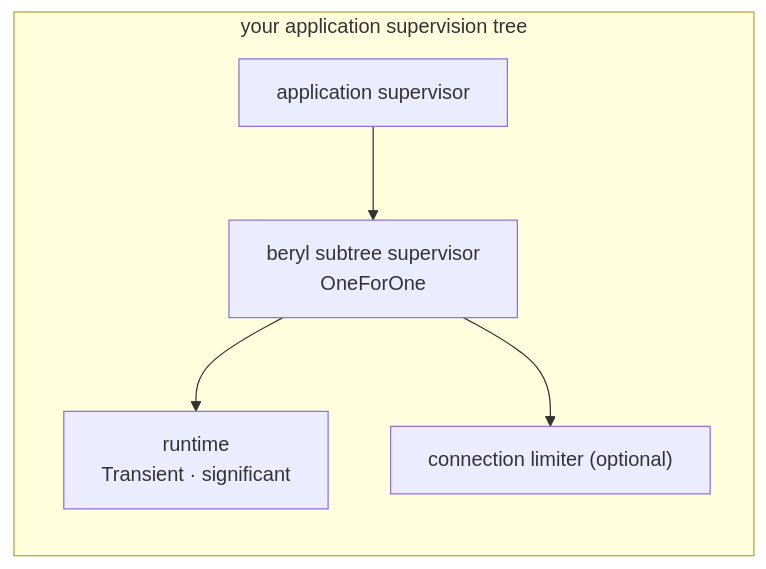
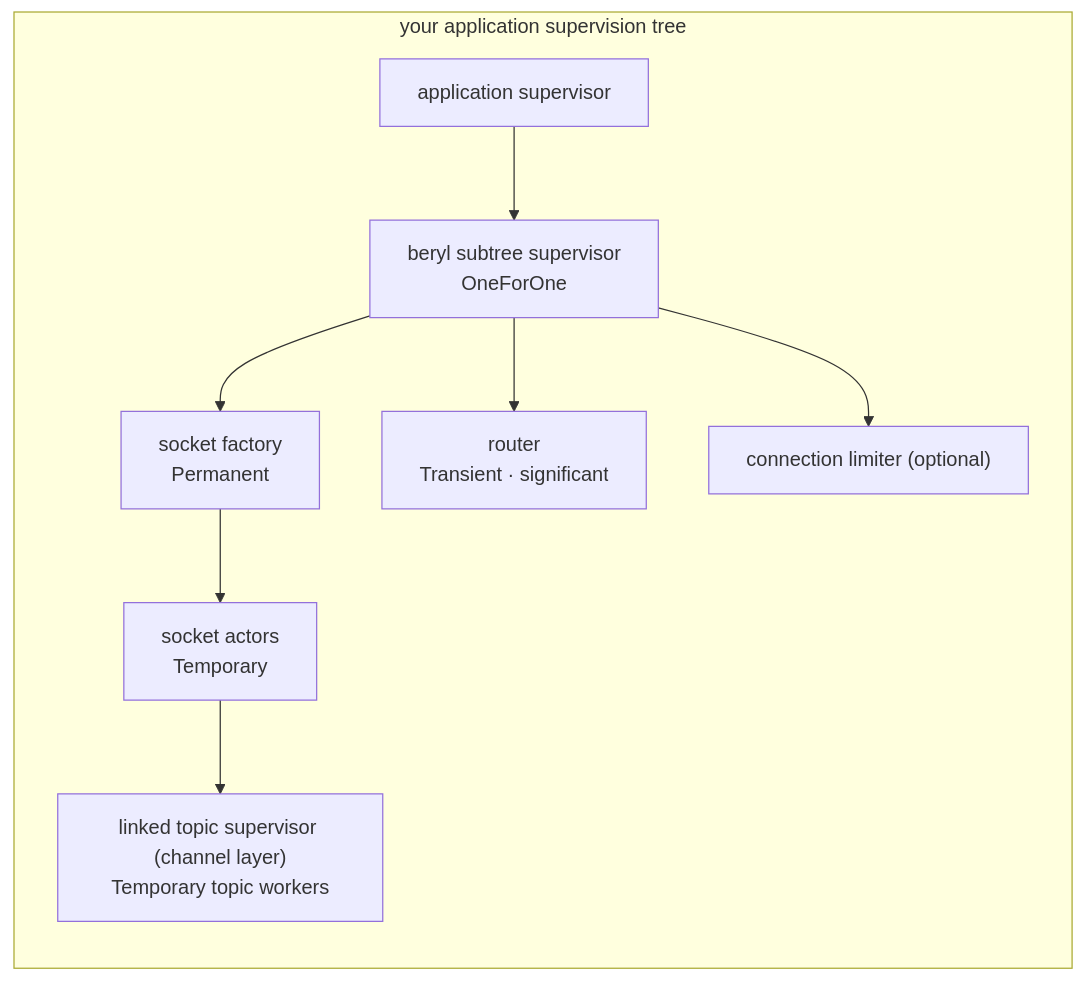
One commit to tylerbutler/beryl changed the second of 11 diagrams in docs/architecture-deck.md. Above: the diagram before and after it, drawn with Mermaid. The commit also changed other lines of this file and 8 other files, not shown here.

First line of the commit message:
docs: align architecture with runtime (#402)

````diff
--- a/docs/architecture-deck.md
+++ b/docs/architecture-deck.md
@@ -129,8 +129,11 @@
 ```mermaid
 flowchart LR
   subgraph App["your application supervision tree"]
     AppSup["application supervisor"] --> Sup["beryl subtree supervisor<br/>OneForOne"]
-    Sup --> Rt["runtime<br/>Transient · significant"]
+    Sup --> Factory["socket factory<br/>Permanent"]
+    Factory --> Socket["socket actors<br/>Temporary"]
+    Socket --> Topics["linked topic supervisor (channel layer)<br/>Temporary topic workers"]
+    Sup --> Rt["router<br/>Transient · significant"]
     Sup --> Lim["connection limiter (optional)"]
   end
 ```
````
